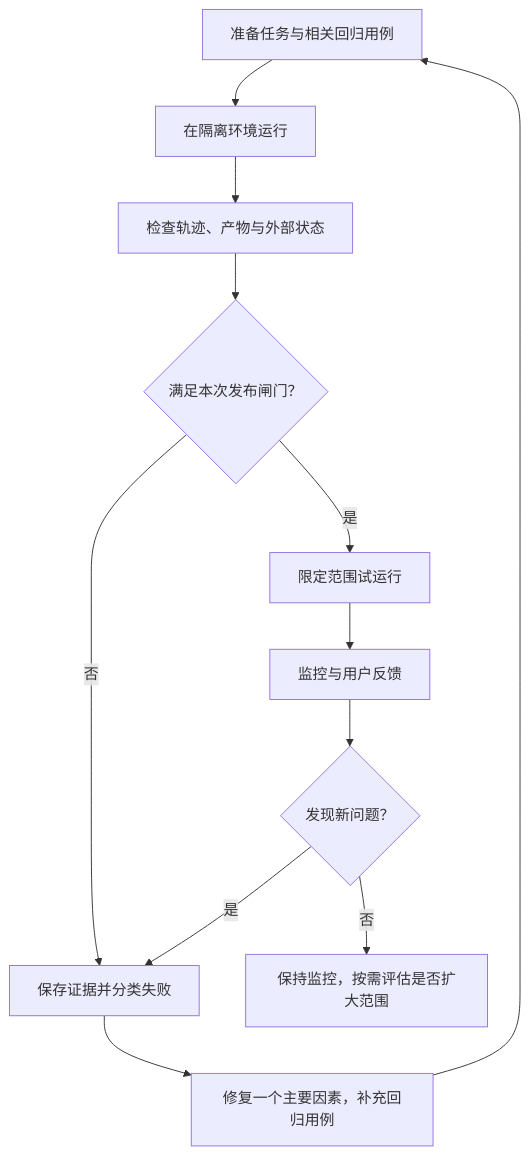
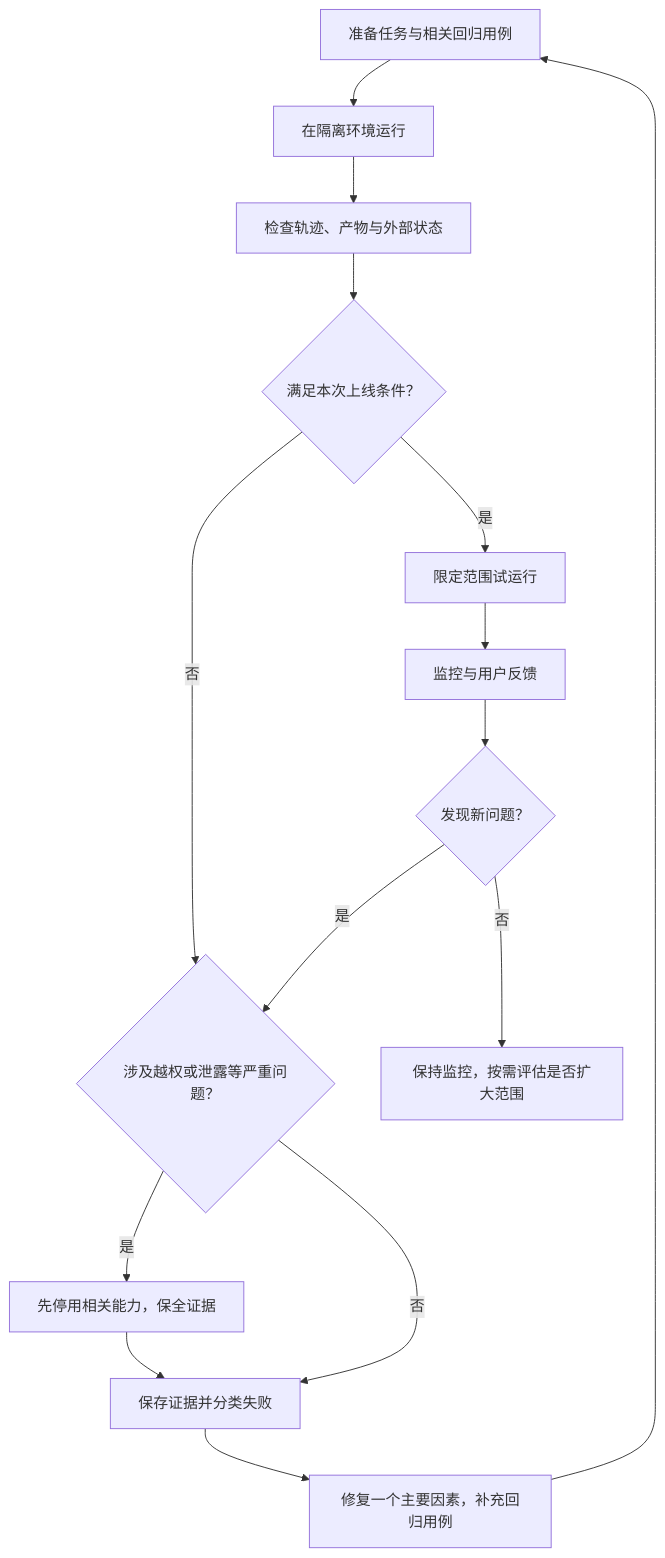
One commit to junheng/digitalgarden changed the second of 2 diagrams in src/site/notes/03 - Resources/Published/Agent 应用指南/04 - 如何发现 Agent 失效.md. Above: the diagram before and after it, drawn with Mermaid. The commit also changed other lines of this file and 4 other files, not shown here.

````diff
--- a/src/site/notes/03 - Resources/Published/Agent 应用指南/04 - 如何发现 Agent 失效.md
+++ b/src/site/notes/03 - Resources/Published/Agent 应用指南/04 - 如何发现 Agent 失效.md
@@ -173,14 +218,17 @@
 ```mermaid
 flowchart TD
     A["准备任务与相关回归用例"] --> B["在隔离环境运行"]
     B --> C["检查轨迹、产物与外部状态"]
-    C --> D{"满足本次发布闸门？"}
-    D -->|否| E["保存证据并分类失败"]
+    C --> D{"满足本次上线条件？"}
+    D -->|否| K{"涉及越权或泄露等严重问题？"}
+    K -->|是| L["先停用相关能力，保全证据"]
+    L --> E["保存证据并分类失败"]
+    K -->|否| E
     E --> F["修复一个主要因素，补充回归用例"]
     F --> A
     D -->|是| G["限定范围试运行"]
     G --> H["监控与用户反馈"]
     H --> I{"发现新问题？"}
-    I -->|是| E
+    I -->|是| K
     I -->|否| J["保持监控，按需评估是否扩大范围"]
 ```
````
